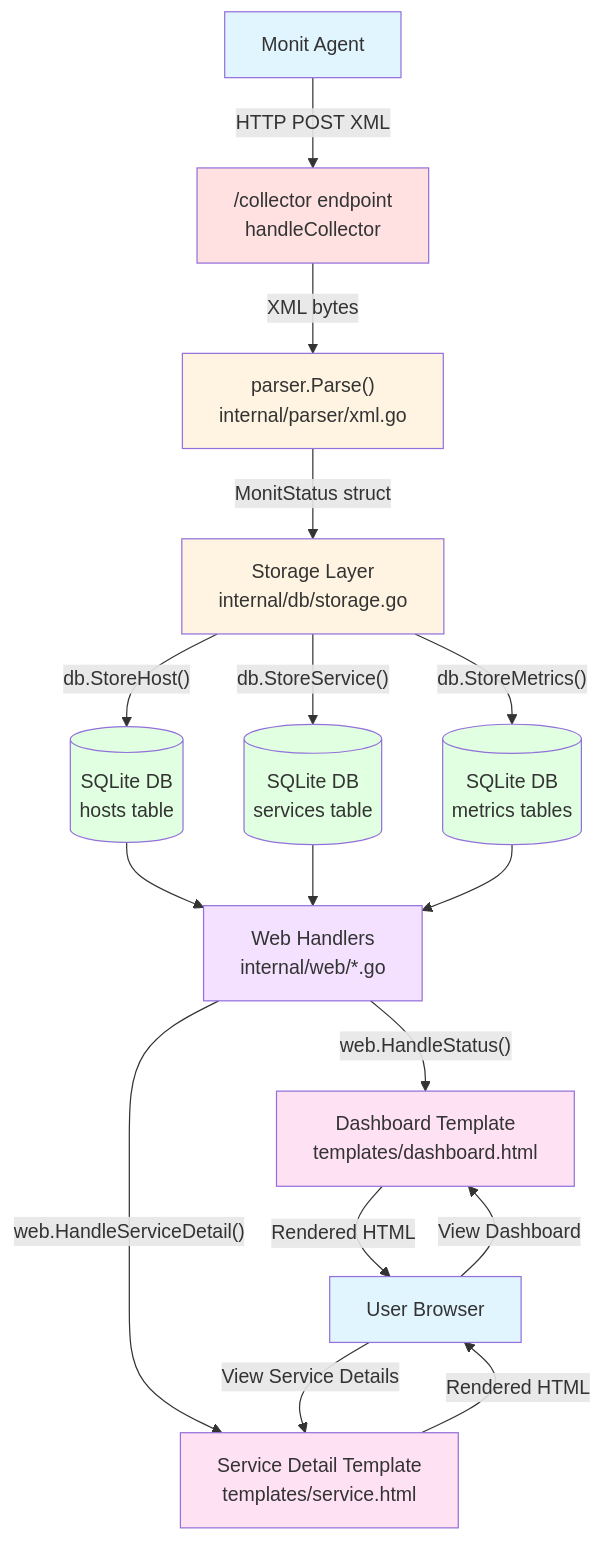
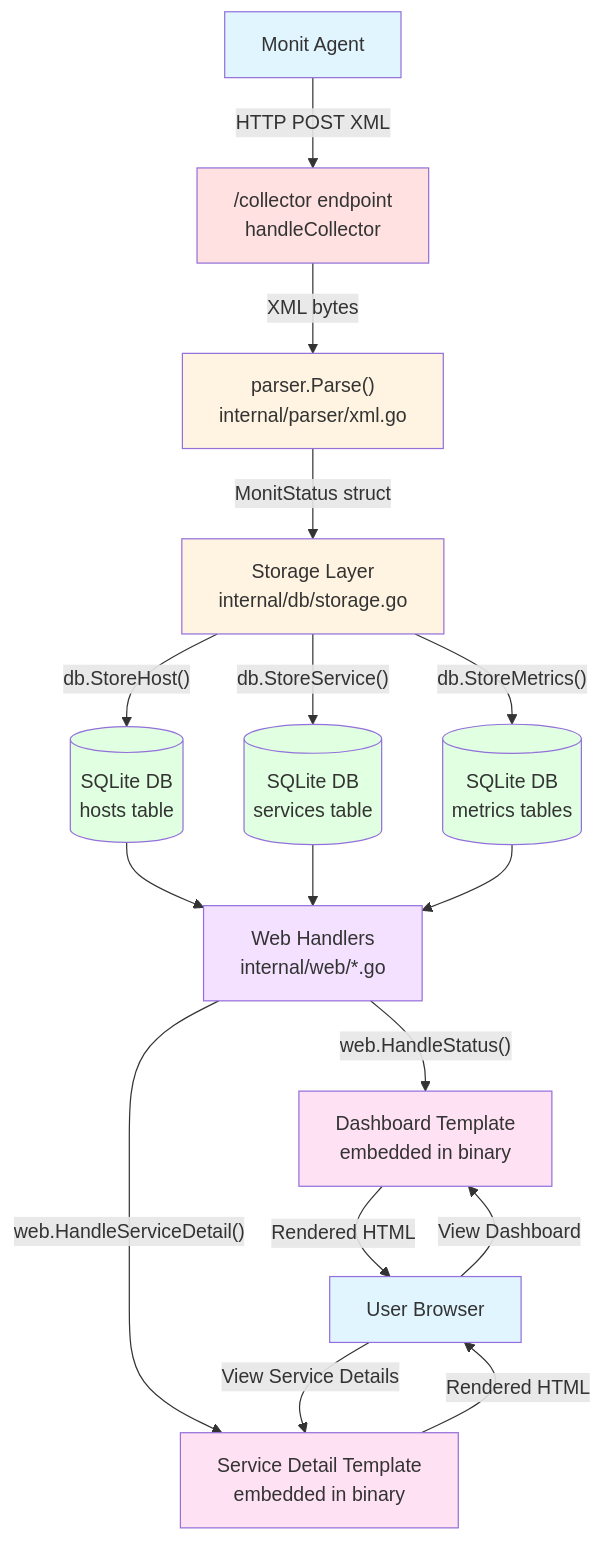
Before and after one commit to ocochard/cmonit: the diagram in docs/README.md, drawn with Mermaid. The commit also changed other lines of this file and 8 other files, not shown here.

Commit message:
Embed template in binary, fix bug with cmonit rc script

````diff
--- a/docs/README.md
+++ b/docs/README.md
@@ -51,36 +52,36 @@
 ```mermaid
 flowchart TB
     Agent[Monit Agent] -->|HTTP POST XML| Collector["/collector endpoint<br/>handleCollector"]
 
     Collector -->|XML bytes| Parser["parser.Parse()<br/>internal/parser/xml.go"]
     Parser -->|MonitStatus struct| Storage["Storage Layer<br/>internal/db/storage.go"]
 
     Storage -->|"db.StoreHost()"| DB1[(SQLite DB<br/>hosts table)]
     Storage -->|"db.StoreService()"| DB2[(SQLite DB<br/>services table)]
     Storage -->|"db.StoreMetrics()"| DB3[(SQLite DB<br/>metrics tables)]
 
     DB1 --> Query["Web Handlers<br/>internal/web/*.go"]
     DB2 --> Query
     DB3 --> Query
 
-    Query -->|"web.HandleStatus()"| Dashboard["Dashboard Template<br/>templates/dashboard.html"]
-    Query -->|"web.HandleServiceDetail()"| Service["Service Detail Template<br/>templates/service.html"]
+    Query -->|"web.HandleStatus()"| Dashboard["Dashboard Template<br/>embedded in binary"]
+    Query -->|"web.HandleServiceDetail()"| Service["Service Detail Template<br/>embedded in binary"]
 
     Dashboard -->|Rendered HTML| Browser[User Browser]
     Service -->|Rendered HTML| Browser
 
     Browser -->|View Dashboard| Dashboard
     Browser -->|View Service Details| Service
 
     style Agent fill:#e1f5ff
     style Collector fill:#ffe1e1
     style Parser fill:#fff4e1
     style Storage fill:#fff4e1
     style DB1 fill:#e1ffe1
     style DB2 fill:#e1ffe1
     style DB3 fill:#e1ffe1
     style Query fill:#f4e1ff
     style Dashboard fill:#ffe1f4
     style Service fill:#ffe1f4
     style Browser fill:#e1f5ff
 ```
````
